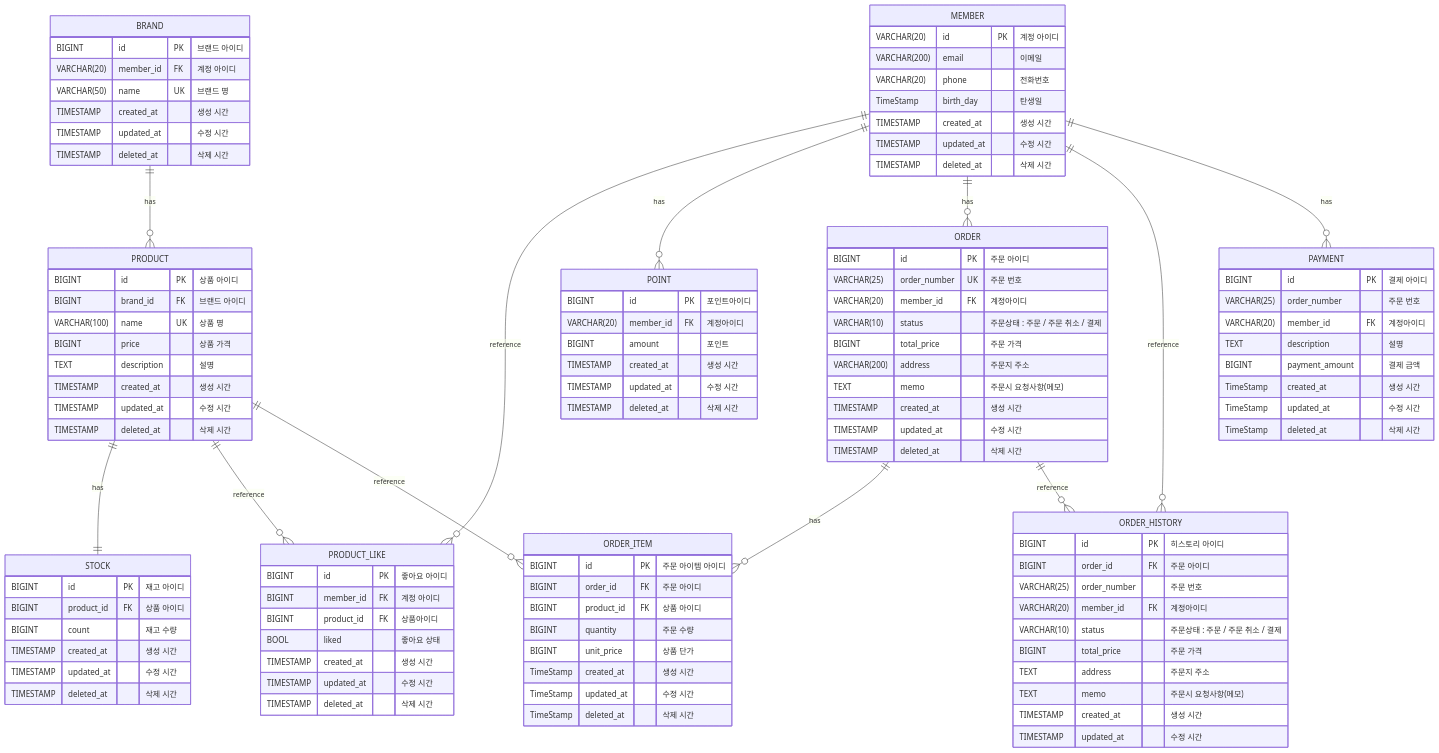
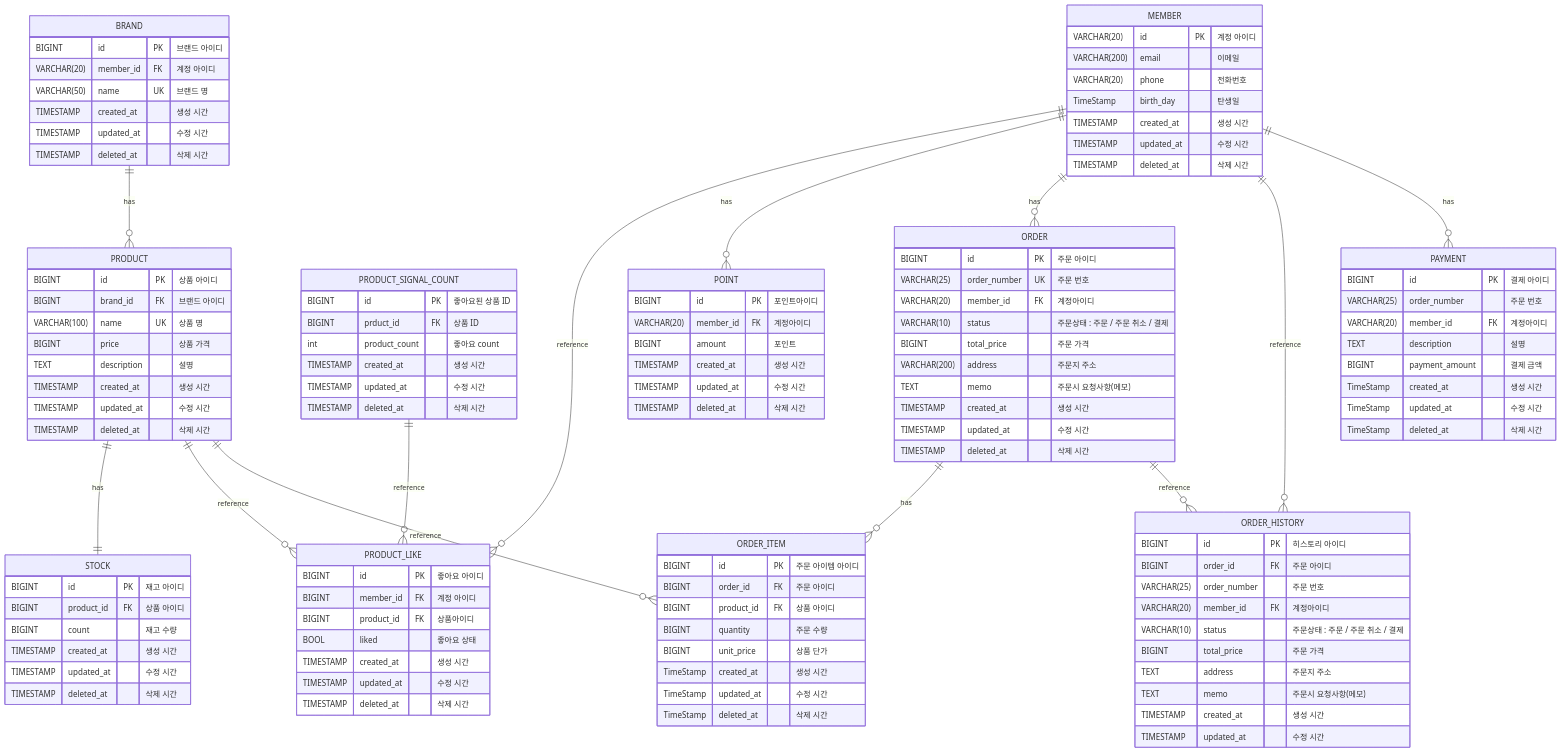
One commit to Loopers-Team-6/younghun changed the diagram in apps/commerce-api/docs/desigin/04-erd.md. Above: the diagram before and after it, drawn with Mermaid. The commit also changed 12 other files, not shown here.

```diff
--- a/apps/commerce-api/docs/desigin/04-erd.md
+++ b/apps/commerce-api/docs/desigin/04-erd.md
@@ -43,6 +43,16 @@
  BIGINT product_id FK "상품아이디"
  BOOL   liked  "좋아요 상태"
  
+ TIMESTAMP created_at "생성 시간"
+ TIMESTAMP updated_at "수정 시간"
+ TIMESTAMP deleted_at "삭제 시간"
+}
+
+%%좋아요된 상품
+PRODUCT_SIGNAL_COUNT { 
+ BIGINT id PK "좋아요된 상품 ID"
+ BIGINT prduct_id FK "상품 ID"
+ int product_count "좋아요 count"
  TIMESTAMP created_at "생성 시간"
  TIMESTAMP updated_at "수정 시간"
  TIMESTAMP deleted_at "삭제 시간"
@@ -137,6 +147,8 @@
 PRODUCT || -- o{PRODUCT_LIKE  : reference
 MEMBER || -- o{PRODUCT_LIKE : reference
 
+PRODUCT_SIGNAL_COUNT || -- o{PRODUCT_LIKE : reference
+
 MEMBER || -- o{ POINT : has
 
 MEMBER || -- o{ ORDER : has
```
